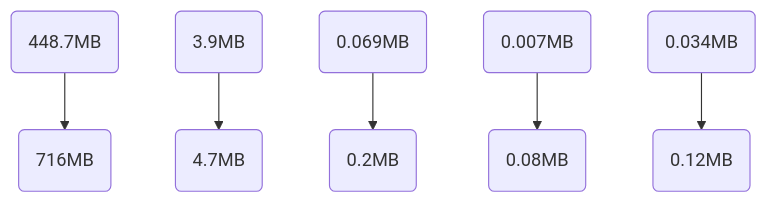
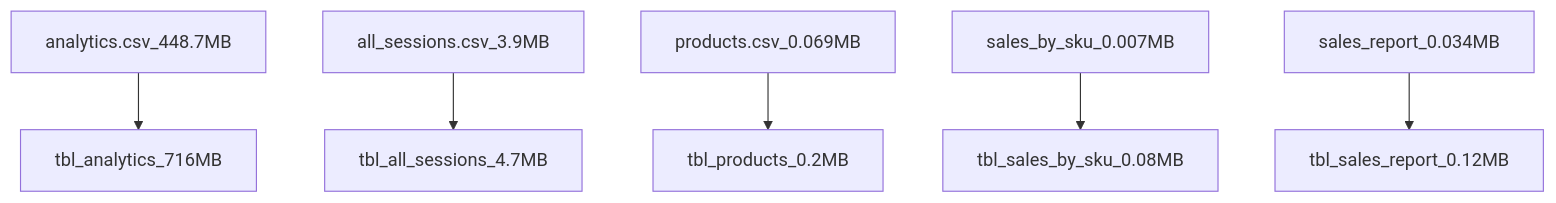
The diagram in Project-SQL/README.md (cboyda/LighthouseLabs), drawn with Mermaid before and after one commit.

Commit message:
Update README.md
removing () from mermaid

````diff
--- a/Project-SQL/README.md
+++ b/Project-SQL/README.md
@@ -11,8 +11,8 @@
 ```mermaid
 graph TD;
-    analytics.csv(448.7MB)-->tbl_analytics(716MB);
-    all_sessions.csv(3.9MB)-->tbl_all_sessions(4.7MB);
-    products.csv(0.069MB)-->tbl_products(0.2MB);
-    sales_by_sku(0.007MB)-->tbl_sales_by_sku(0.08MB);
-    sales_report(0.034MB)-->tbl_sales_report(0.12MB);
+    analytics.csv_448.7MB-->tbl_analytics_716MB;
+    all_sessions.csv_3.9MB-->tbl_all_sessions_4.7MB;
+    products.csv_0.069MB-->tbl_products_0.2MB;
+    sales_by_sku_0.007MB-->tbl_sales_by_sku_0.08MB;
+    sales_report_0.034MB-->tbl_sales_report_0.12MB;
 ```
````
